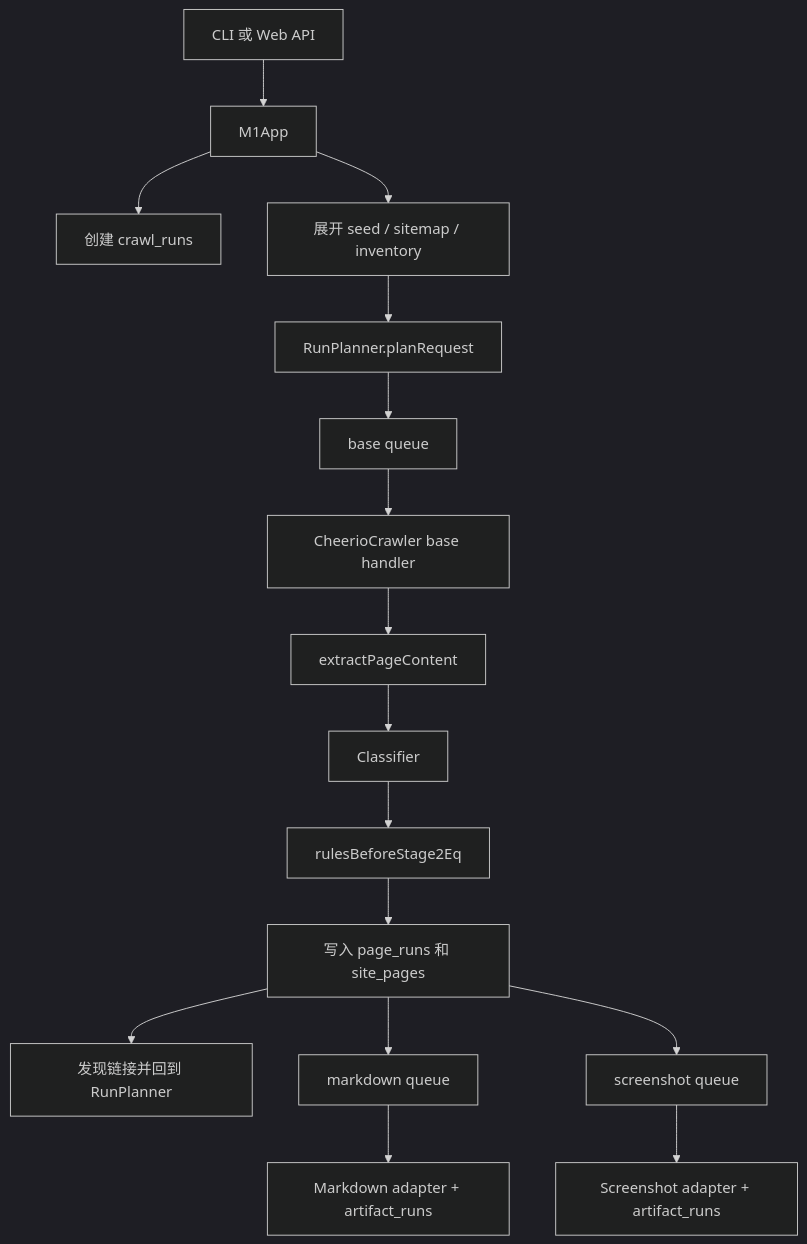
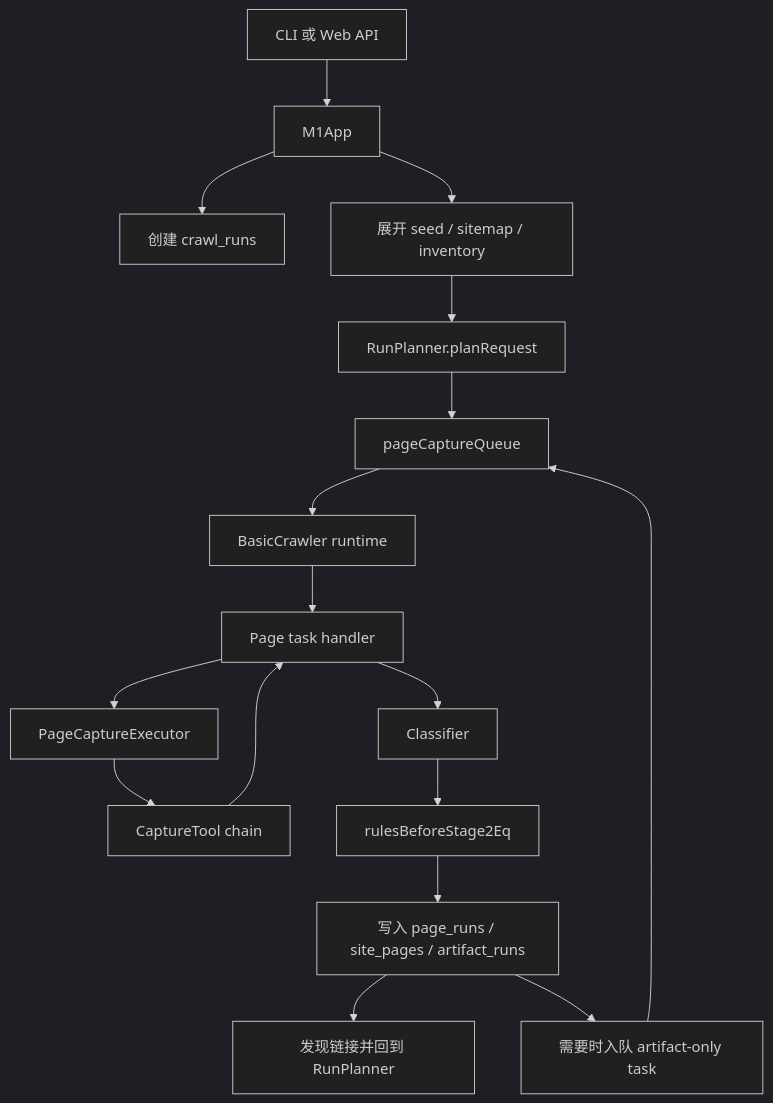
The second of 3 diagrams in docs/technical-module-structure.md (tianzhipeng-git/kvault-web-capture), drawn with Mermaid (dark theme) before and after one commit. The commit also changed other lines of this file and 31 other files, not shown here.

````diff
--- a/docs/technical-module-structure.md
+++ b/docs/technical-module-structure.md
@@ -145,18 +143,19 @@
 ```mermaid
 flowchart TD
   CLI["CLI 或 Web API"] --> APP["M1App"]
   APP --> RUN["创建 crawl_runs"]
   APP --> EXPAND["展开 seed / sitemap / inventory"]
   EXPAND --> PLAN["RunPlanner.planRequest"]
-  PLAN --> BQ["base queue"]
-  BQ --> BASE["CheerioCrawler base handler"]
-  BASE --> EXTRACT["extractPageContent"]
-  EXTRACT --> CLASSIFY["Classifier"]
+  PLAN --> PQ["pageCaptureQueue"]
+  PQ --> BASIC["BasicCrawler runtime"]
+  BASIC --> HANDLER["Page task handler"]
+  HANDLER --> EXECUTOR["PageCaptureExecutor"]
+  EXECUTOR --> TOOLS["CaptureTool chain"]
+  TOOLS --> HANDLER
+  HANDLER --> CLASSIFY["Classifier"]
   CLASSIFY --> RULE2["rulesBeforeStage2Eq"]
-  RULE2 --> PR["写入 page_runs 和 site_pages"]
+  RULE2 --> PR["写入 page_runs / site_pages / artifact_runs"]
   PR --> DISCOVER["发现链接并回到 RunPlanner"]
-  PR --> MQ["markdown queue"]
-  PR --> SQ["screenshot queue"]
-  MQ --> MD["Markdown adapter + artifact_runs"]
-  SQ --> SS["Screenshot adapter + artifact_runs"]
+  PR --> ARTIFACT["需要时入队 artifact-only task"]
+  ARTIFACT --> PQ
 ```
````
